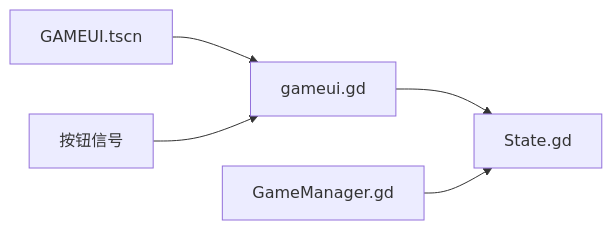
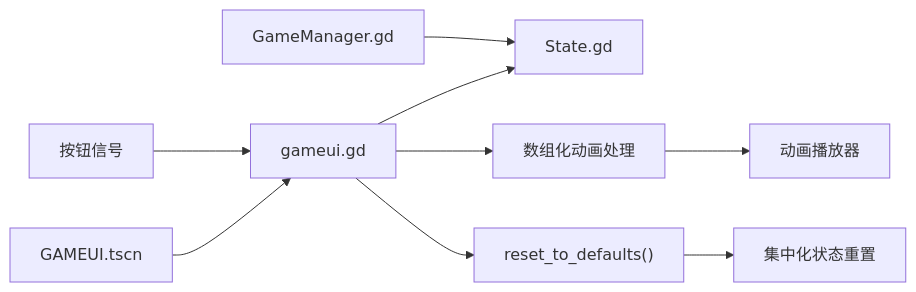
The fifth of 5 diagrams in .qoder/repowiki/zh/content/游戏系统/用户界面系统.md (godotline/godot-line), drawn with Mermaid before and after one commit. The commit also changed other lines of this file and 687 other files, not shown here.

````diff
--- a/.qoder/repowiki/zh/content/游戏系统/用户界面系统.md
+++ b/.qoder/repowiki/zh/content/游戏系统/用户界面系统.md
@@ -224,7 +247,11 @@
 ```mermaid
 graph LR
 GAMEUI["GAMEUI.tscn"] --> GAMEUI_SCRIPT["gameui.gd"]
 GAMEUI_SCRIPT --> STATE["State.gd"]
 GMAN["GameManager.gd"] --> STATE
 BUTTONS["按钮信号"] --> GAMEUI_SCRIPT
+GAMEUI_SCRIPT --> ARRAY_ANIM["数组化动画处理"]
+ARRAY_ANIM --> ANIMATION_PLAYER["动画播放器"]
+GAMEUI_SCRIPT --> RESET_METHOD["reset_to_defaults()"]
+RESET_METHOD --> STATE_RESET["集中化状态重置"]
 ```
````
